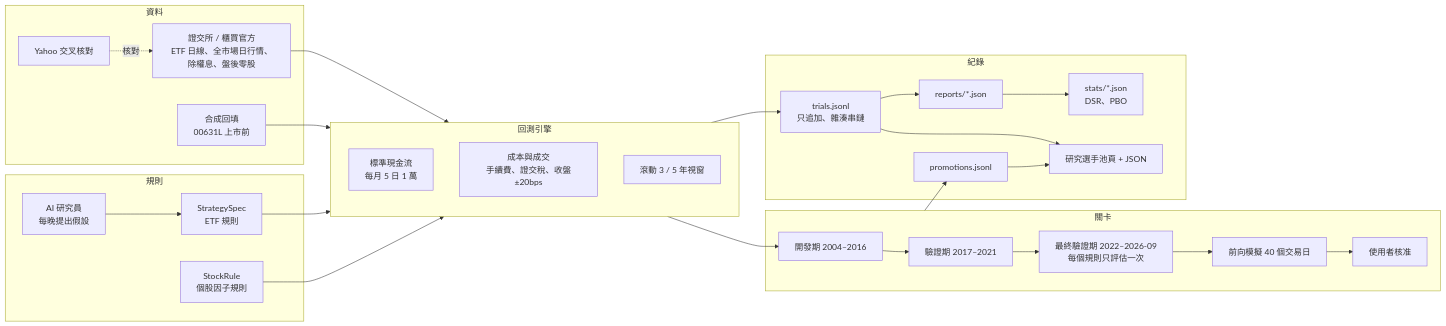
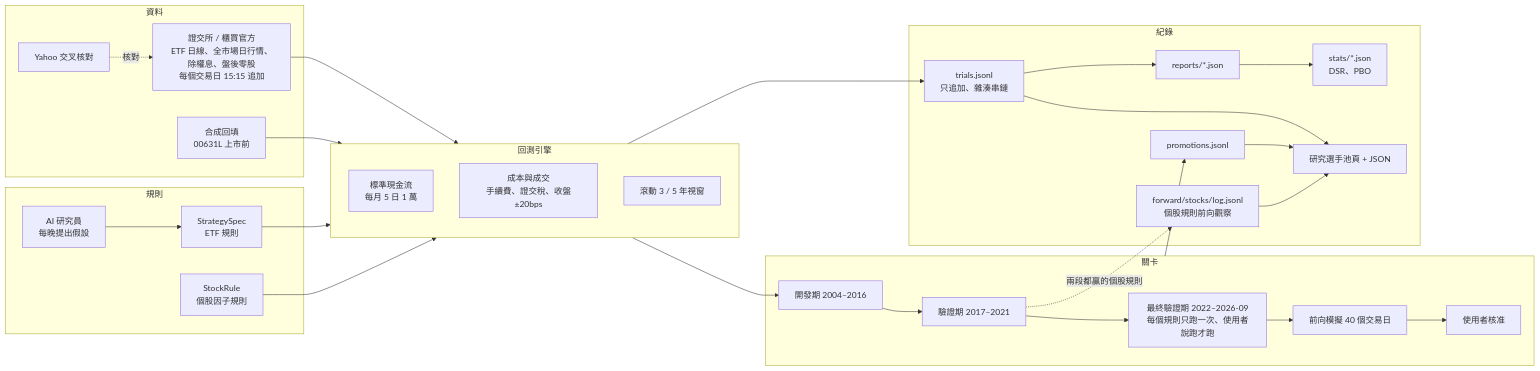
Before and after one commit to ryan73093/StockResearch: the first of 2 diagrams in docs/research_method.md, drawn with Mermaid. The commit also changed other lines of this file and 2 other files, not shown here.

First line of the commit message:
Stock forward catches up missed sessions as late records

````diff
--- a/docs/research_method.md
+++ b/docs/research_method.md
@@ -11,43 +11,46 @@
 ```mermaid
 flowchart LR
   subgraph data[資料]
-    twse[證交所 / 櫃買官方<br/>ETF 日線、全市場日行情、除權息、盤後零股]
+    twse[證交所 / 櫃買官方<br/>ETF 日線、全市場日行情、除權息、盤後零股<br/>每個交易日 15:15 追加]
     yahoo[Yahoo 交叉核對]
     syn[合成回填<br/>00631L 上市前]
   end
   subgraph rules[規則]
     spec[StrategySpec<br/>ETF 規則]
     stock[StockRule<br/>個股因子規則]
     ai[AI 研究員<br/>每晚提出假設]
   end
   subgraph engine[回測引擎]
     cash[標準現金流<br/>每月 5 日 1 萬]
     costs[成本與成交<br/>手續費、證交稅、收盤±20bps]
     windows[滾動 3 / 5 年視窗]
   end
   subgraph gates[關卡]
     dev[開發期 2004–2016]
     val[驗證期 2017–2021]
-    hold[最終驗證期 2022–2026-09<br/>每個規則只評估一次]
+    hold[最終驗證期 2022–2026-09<br/>每個規則只跑一次、使用者說跑才跑]
     fwd[前向模擬 40 個交易日]
     user[使用者核准]
   end
   subgraph records[紀錄]
     reg[trials.jsonl<br/>只追加、雜湊串鏈]
     rep[reports/*.json]
     stats[stats/*.json<br/>DSR、PBO]
     ledger[promotions.jsonl]
     pool[研究選手池頁 + JSON]
+    sfwd[forward/stocks/log.jsonl<br/>個股規則前向觀察]
   end
   twse --> engine
   yahoo -.核對.-> twse
   syn --> engine
   spec --> engine
   stock --> engine
   ai --> spec
   engine --> dev --> val --> hold --> fwd --> user
   engine --> reg --> rep --> stats
   gates --> ledger
   reg --> pool
   ledger --> pool
+  val -.兩段都贏的個股規則.-> sfwd
+  sfwd --> pool
 ```
````
